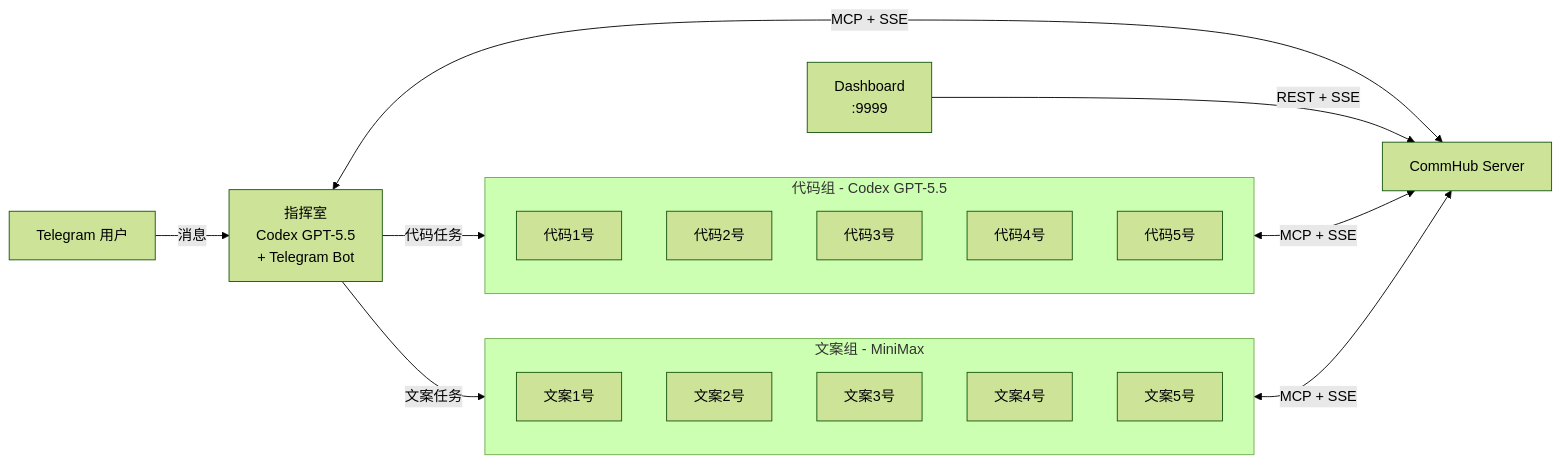
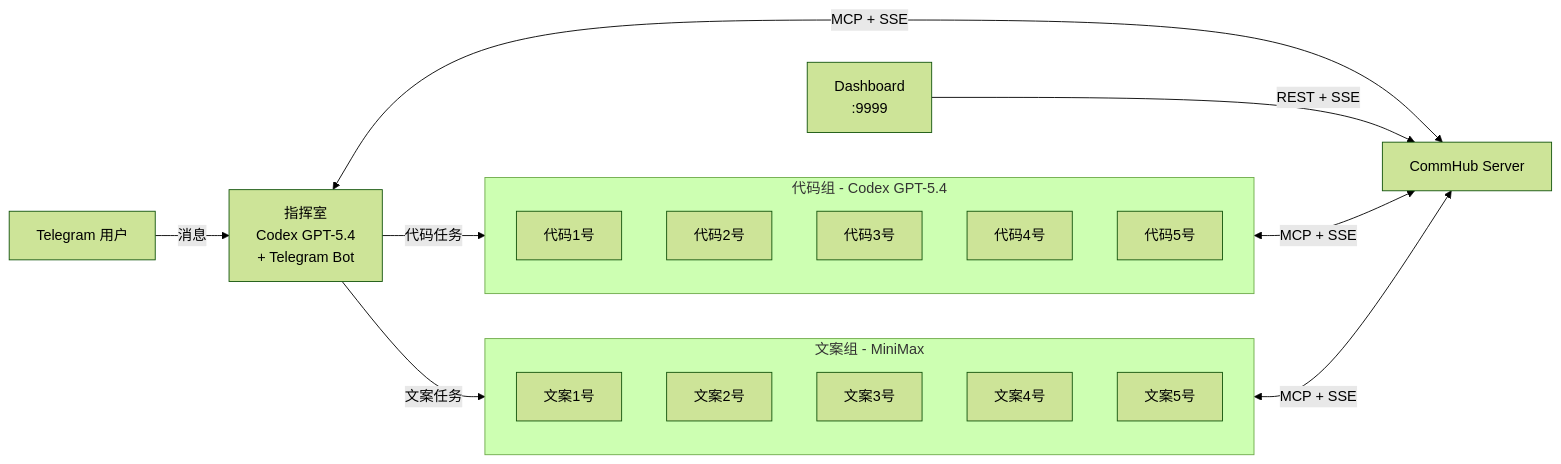
One commit to sleep2agi/agent-network changed the diagram in docs-site/docs/deploy/demo.md. Above: the diagram before and after it, drawn with Mermaid (forest theme). The commit also changed other lines of this file and 70 other files, not shown here.

````diff
--- a/docs-site/docs/deploy/demo.md
+++ b/docs-site/docs/deploy/demo.md
@@ -7,29 +7,29 @@
 ```mermaid
 graph LR
-    TG[Telegram 用户] -->|消息| CMD[指挥室<br/>Codex GPT-5.5<br/>+ Telegram Bot]
+    TG[Telegram 用户] -->|消息| CMD[指挥室<br/>Codex GPT-5.4<br/>+ Telegram Bot]
 
     CMD -->|代码任务| CG[代码组]
     CMD -->|文案任务| WG[文案组]
 
-    subgraph CG[代码组 - Codex GPT-5.5]
+    subgraph CG[代码组 - Codex GPT-5.4]
         C1[代码1号]
         C2[代码2号]
         C3[代码3号]
         C4[代码4号]
         C5[代码5号]
     end
 
     subgraph WG[文案组 - MiniMax]
         W1[文案1号]
         W2[文案2号]
         W3[文案3号]
         W4[文案4号]
         W5[文案5号]
     end
 
     CMD <-->|MCP + SSE| HUB[CommHub Server]
     CG <-->|MCP + SSE| HUB
     WG <-->|MCP + SSE| HUB
 
     DASH[Dashboard<br/>:9999] -->|REST + SSE| HUB
 ```
````
